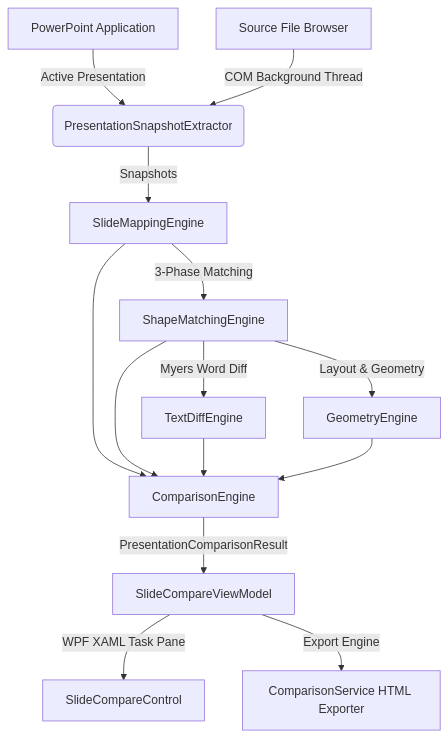
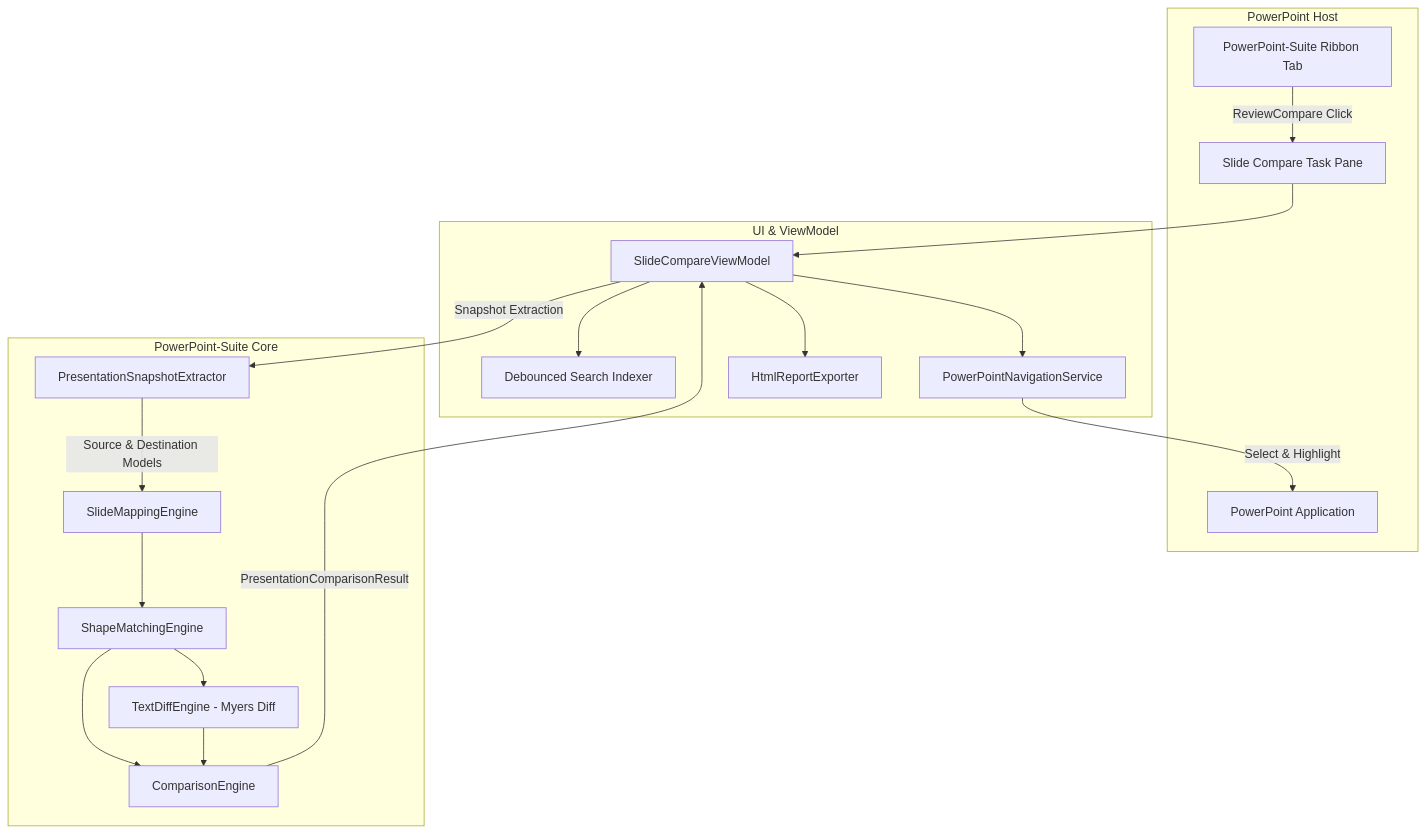
One commit to vijairathina/PowerPoint-Suite-VSTO-Add-In changed the diagram in README.md. Above: the diagram before and after it, drawn with Mermaid. The commit also changed other lines of this file and 6 other files, not shown here.

Commit message:
feat: rename to PowerPoint-Suite, optimize debounced search, native PowerPoint dark theme, icon-only header buttons and ribbon icon

````diff
--- a/README.md
+++ b/README.md
@@ -56,13 +69,36 @@
 ```mermaid
 graph TD
-    A[PowerPoint Application] -->|Active Presentation| B(PresentationSnapshotExtractor)
-    C[Source File Browser] -->|COM Background Thread| B
-    B -->|Snapshots| D[SlideMappingEngine]
-    D -->|3-Phase Matching| E[ShapeMatchingEngine]
-    E -->|Myers Word Diff| F[TextDiffEngine]
-    E -->|Layout & Geometry| G[GeometryEngine]
-    D & E & F & G --> H[ComparisonEngine]
-    H -->|PresentationComparisonResult| I[SlideCompareViewModel]
-    I -->|WPF XAML Task Pane| J[SlideCompareControl]
-    I -->|Export Engine| K[ComparisonService HTML Exporter]
+    subgraph PowerPoint Host
+        PPT[PowerPoint Application]
+        RIB[PowerPoint-Suite Ribbon Tab]
+        TP[Slide Compare Task Pane]
+    end
+
+    subgraph PowerPoint-Suite Core
+        EXT[PresentationSnapshotExtractor]
+        SME[SlideMappingEngine]
+        SHM[ShapeMatchingEngine]
+        TDE[TextDiffEngine - Myers Diff]
+        CMP[ComparisonEngine]
+    end
+
+    subgraph UI & ViewModel
+        VM[SlideCompareViewModel]
+        SRCH[Debounced Search Indexer]
+        NAV[PowerPointNavigationService]
+        HTML[HtmlReportExporter]
+    end
+
+    RIB -->|ReviewCompare Click| TP
+    TP --> VM
+    VM -->|Snapshot Extraction| EXT
+    EXT -->|Source & Destination Models| SME
+    SME --> SHM
+    SHM --> TDE
+    SHM & TDE --> CMP
+    CMP -->|PresentationComparisonResult| VM
+    VM --> SRCH
+    VM --> NAV
+    VM --> HTML
+    NAV -->|Select & Highlight| PPT
 ```
````
